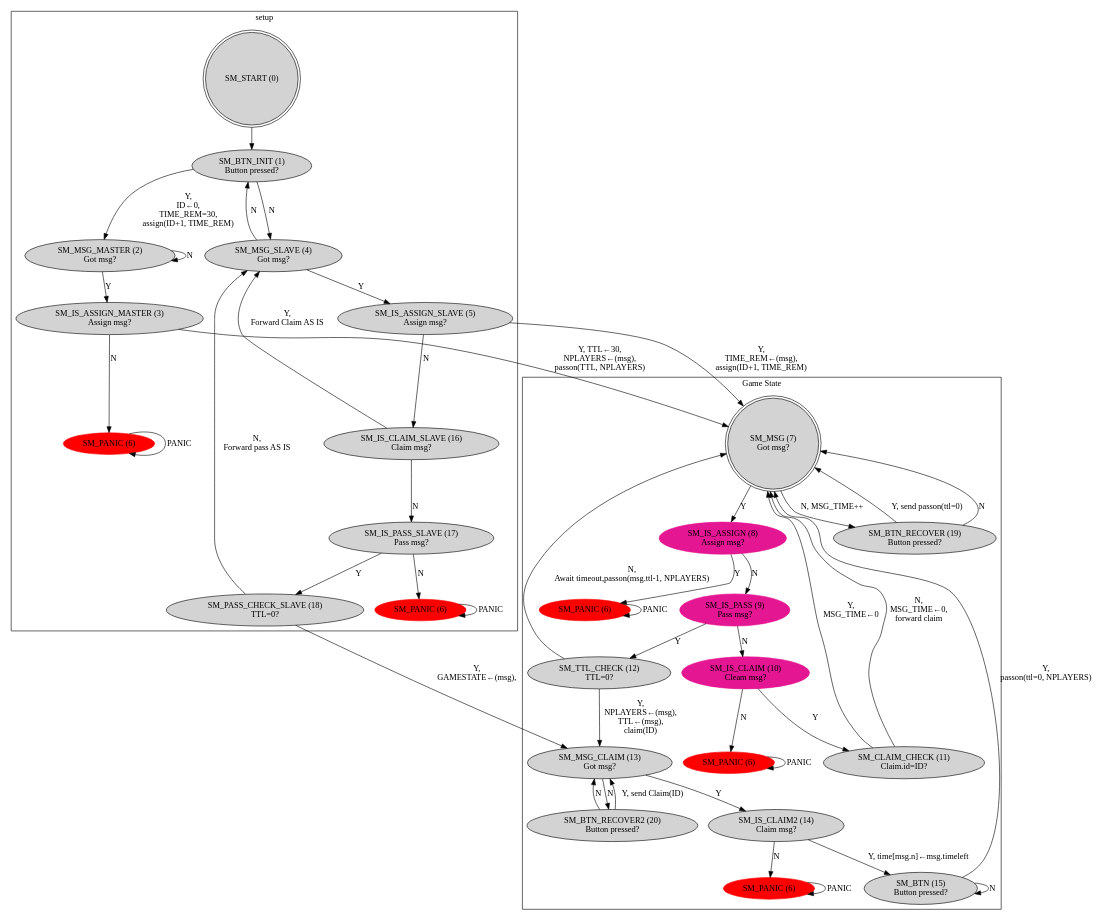
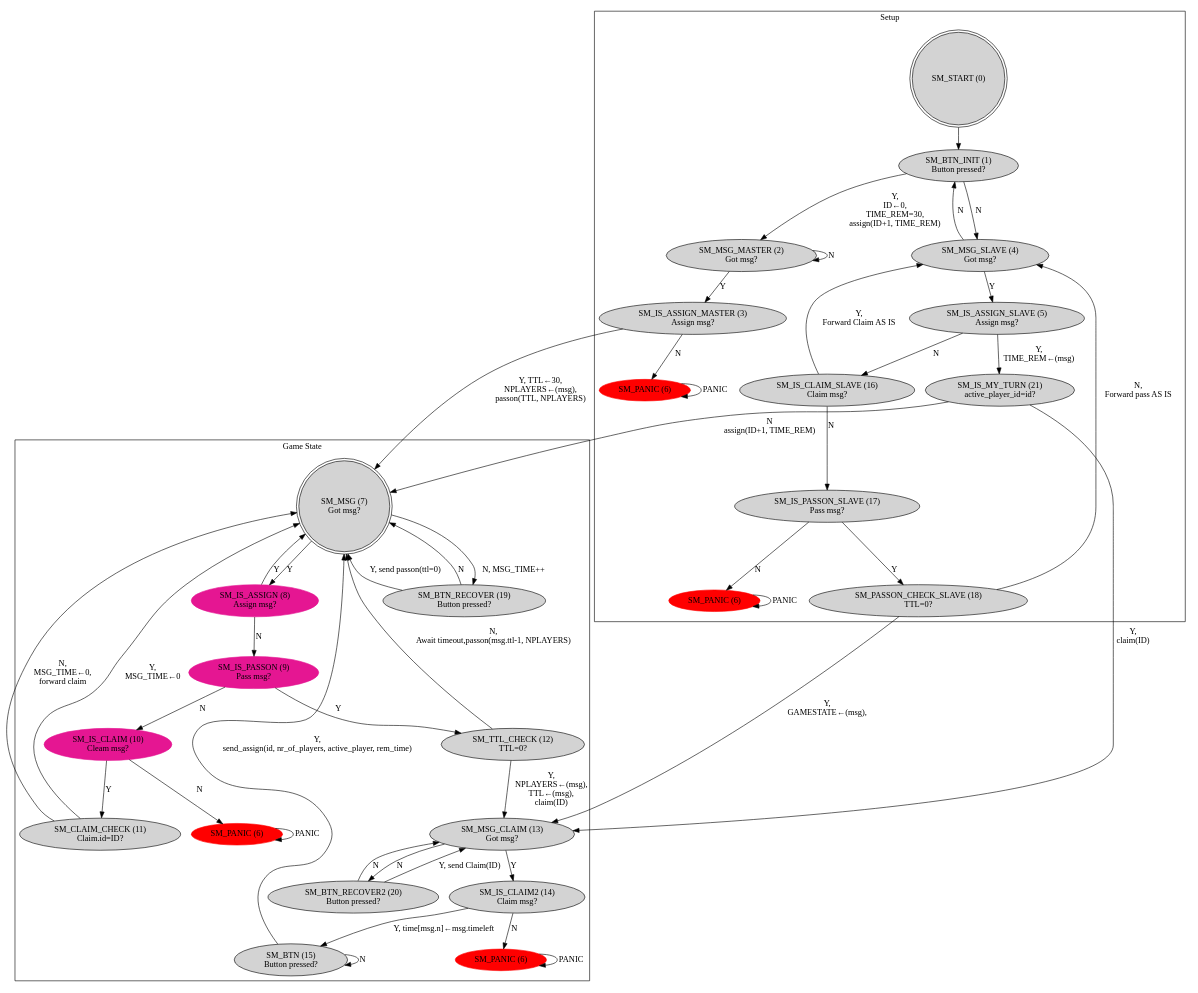
Before and after one commit to wutje/stc_nway_chessclock: the diagram in docs/statemachine.dot, drawn with Graphviz. The commit also changed 1 other file, not shown here.

Commit message:
Add new state: IS_MY_TURN. Handle assign and send assign for recovery

```diff
--- a/docs/statemachine.dot
+++ b/docs/statemachine.dot
@@ -1,94 +1,95 @@
 digraph G {
     graph [layout = dot]
 
     subgraph cluster_0 {
-        label = "setup";
+        label = "Setup";
         node [style = filled];
         SM_START [label = "SM_START (0)", shape=doublecircle];
         SM_BTN_INIT [label = "SM_BTN_INIT (1)\nButton pressed?"];
         SM_MSG_MASTER [label = "SM_MSG_MASTER (2)\nGot msg?"];
         SM_IS_ASSIGN_MASTER [label = "SM_IS_ASSIGN_MASTER (3)\nAssign msg?"];
         SM_MSG_SLAVE [label = "SM_MSG_SLAVE (4)\nGot msg?"];
         SM_IS_ASSIGN_SLAVE [label = "SM_IS_ASSIGN_SLAVE (5)\nAssign msg?"];
         SM_IS_CLAIM_SLAVE [label = "SM_IS_CLAIM_SLAVE (16)\nClaim msg?"];
-        SM_IS_PASS_SLAVE [label = "SM_IS_PASS_SLAVE (17)\nPass msg?"];
-        SM_PASS_CHECK_SLAVE [label = "SM_PASS_CHECK_SLAVE (18)\nTTL=0?"];
+        SM_IS_PASSON_SLAVE [label = "SM_IS_PASSON_SLAVE (17)\nPass msg?"];
+        SM_PASSON_CHECK_SLAVE [label = "SM_PASSON_CHECK_SLAVE (18)\nTTL=0?"];
+        SM_IS_MY_TURN [label = "SM_IS_MY_TURN (21)\nactive_player_id=id?"];
 
         SM_PANIC1 [label = "SM_PANIC (6)", style = filled, color = red];
         SM_PANIC2 [label = "SM_PANIC (6)", style = filled, color = red];
     }
 
     subgraph cluster_1 {
         label = "Game State";
         node [style = filled];
 
         SM_MSG [label = "SM_MSG (7)\nGot msg?", shape=doublecircle];
 
         SM_IS_ASSIGN [color = ".9, .9, .9", label = "SM_IS_ASSIGN (8)\nAssign msg?"];
-        SM_IS_PASS [color =  ".9, .9, .9", label = "SM_IS_PASS (9)\nPass msg?"];
+        SM_IS_PASSON [color =  ".9, .9, .9", label = "SM_IS_PASSON (9)\nPass msg?"];
         SM_IS_CLAIM [color =   ".9, .9, .9", label = "SM_IS_CLAIM (10)\nCleam msg?"];
 
         SM_CLAIM_CHECK [label = "SM_CLAIM_CHECK (11)\nClaim.id=ID?"];
         SM_TTL_CHECK [label = "SM_TTL_CHECK (12)\nTTL=0?"];
         SM_MSG_CLAIM [label = "SM_MSG_CLAIM (13)\nGot msg?"];
         SM_IS_CLAIM2 [label = "SM_IS_CLAIM2 (14)\nClaim msg?"];
         SM_BTN [label = "SM_BTN (15)\nButton pressed?"];
         SM_BTN_RECOVER [label = "SM_BTN_RECOVER (19)\nButton pressed?"];
         SM_BTN_RECOVER2 [label = "SM_BTN_RECOVER2 (20)\nButton pressed?"];
 
         SM_PANIC3 [label = "SM_PANIC (6)", style = filled, color = red];
         SM_PANIC4 [label = "SM_PANIC (6)", style = filled, color = red];
-        SM_PANIC5 [label = "SM_PANIC (6)", style = filled, color = red];
     }
 
     // SETUP
     SM_START -> SM_BTN_INIT;
     SM_BTN_INIT -> SM_MSG_MASTER [label = "Y,\nID←0,\nTIME_REM=30,\nassign(ID+1, TIME_REM)"];
     SM_BTN_INIT -> SM_MSG_SLAVE [label = "N"];
     SM_MSG_MASTER -> SM_IS_ASSIGN_MASTER [label = "Y"];
     SM_MSG_MASTER -> SM_MSG_MASTER [label = "N"];
     SM_IS_ASSIGN_MASTER -> SM_MSG [label = "Y, TTL←30,\nNPLAYERS←(msg),\npasson(TTL, NPLAYERS)"];
     SM_IS_ASSIGN_MASTER -> SM_PANIC1 [label = "N"];
     SM_MSG_SLAVE -> SM_IS_ASSIGN_SLAVE [label = "Y"];
     SM_MSG_SLAVE -> SM_BTN_INIT [label = "N"];
-    SM_IS_ASSIGN_SLAVE -> SM_MSG [label = "Y,\nTIME_REM←(msg),\nassign(ID+1, TIME_REM)"];
+    SM_IS_ASSIGN_SLAVE -> SM_IS_MY_TURN [label = "Y,\nTIME_REM←(msg)"];
+    SM_IS_MY_TURN -> SM_MSG [label = "N\nassign(ID+1, TIME_REM)"];
+    SM_IS_MY_TURN -> SM_MSG_CLAIM [label = "Y,\nclaim(ID)" ];
     SM_IS_ASSIGN_SLAVE -> SM_IS_CLAIM_SLAVE [label = "N"];
     SM_IS_CLAIM_SLAVE -> SM_MSG_SLAVE [label = "Y,\nForward Claim AS IS"];
-    SM_IS_CLAIM_SLAVE -> SM_IS_PASS_SLAVE [label = "N"];
-    SM_IS_PASS_SLAVE -> SM_PASS_CHECK_SLAVE [label = "Y"];
-    SM_IS_PASS_SLAVE -> SM_PANIC2 [label = "N"];
-    SM_PASS_CHECK_SLAVE -> SM_MSG_CLAIM [label = "Y,\nGAMESTATE←(msg),\n"];
-    SM_PASS_CHECK_SLAVE -> SM_MSG_SLAVE [label = "N,\nForward pass AS IS"];
+    SM_IS_CLAIM_SLAVE -> SM_IS_PASSON_SLAVE [label = "N"];
+    SM_IS_PASSON_SLAVE -> SM_PASSON_CHECK_SLAVE [label = "Y"];
+    SM_IS_PASSON_SLAVE -> SM_PANIC2 [label = "N"];
+    SM_PASSON_CHECK_SLAVE -> SM_MSG_CLAIM [label = "Y,\nGAMESTATE←(msg),\n"];
+    SM_PASSON_CHECK_SLAVE -> SM_MSG_SLAVE [label = "N,\nForward pass AS IS"];
 
     SM_PANIC1 -> SM_PANIC1 [label = "PANIC"];
     SM_PANIC2 -> SM_PANIC2 [label = "PANIC"];
     SM_PANIC3 -> SM_PANIC3 [label = "PANIC"];
     SM_PANIC4 -> SM_PANIC4 [label = "PANIC"];
-    SM_PANIC5 -> SM_PANIC5 [label = "PANIC"];
 
     // REGULAR GAME
     SM_MSG -> SM_IS_ASSIGN [label = "Y"];
     SM_MSG -> SM_BTN_RECOVER [label = "N, MSG_TIME++"];
     SM_BTN_RECOVER -> SM_MSG [label = "Y, send passon(ttl=0)"];
     SM_BTN_RECOVER -> SM_MSG [label = "N"];
-    SM_IS_ASSIGN -> SM_PANIC3 [label = "Y"];
-    SM_IS_ASSIGN -> SM_IS_PASS [label = "N"];
-    SM_IS_PASS -> SM_TTL_CHECK [label = "Y"];
-    SM_IS_PASS -> SM_IS_CLAIM [label = "N"];
+    SM_IS_ASSIGN -> SM_MSG [label = "Y"];
+    SM_IS_ASSIGN -> SM_IS_PASSON [label = "N"];
+    SM_IS_PASSON -> SM_TTL_CHECK [label = "Y"];
+    SM_IS_PASSON -> SM_IS_CLAIM [label = "N"];
     SM_IS_CLAIM -> SM_CLAIM_CHECK [label = "Y"];
-    SM_IS_CLAIM -> SM_PANIC4 [label = "N"];
+    SM_IS_CLAIM -> SM_PANIC3 [label = "N"];
     SM_CLAIM_CHECK -> SM_MSG [label = "Y,\nMSG_TIME←0"];
     SM_CLAIM_CHECK -> SM_MSG [label = "N,\nMSG_TIME←0,\nforward claim"];
     SM_TTL_CHECK -> SM_MSG_CLAIM [label = "Y,\nNPLAYERS←(msg),\nTTL←(msg),\nclaim(ID)"];
     SM_TTL_CHECK -> SM_MSG [label = "N,\nAwait timeout,passon(msg.ttl-1, NPLAYERS)"];
     SM_MSG_CLAIM -> SM_IS_CLAIM2 [label = "Y"];
     SM_MSG_CLAIM -> SM_BTN_RECOVER2 [label = "N"];
 
     SM_BTN_RECOVER2 -> SM_MSG_CLAIM [label = "Y, send Claim(ID)"];
     SM_BTN_RECOVER2 -> SM_MSG_CLAIM [label = "N"];
 
     SM_IS_CLAIM2 -> SM_BTN [label = "Y, time[msg.n]←msg.timeleft"];
-    SM_IS_CLAIM2 -> SM_PANIC5 [label = "N"];
-    SM_BTN -> SM_MSG [label = "Y,\npasson(ttl=0, NPLAYERS)"];
+    SM_IS_CLAIM2 -> SM_PANIC4 [label = "N"];
+    SM_BTN -> SM_MSG [label = "Y,\nsend_assign(id, nr_of_players, active_player, rem_time)"];
     SM_BTN -> SM_BTN [label = "N"];
 }
```
